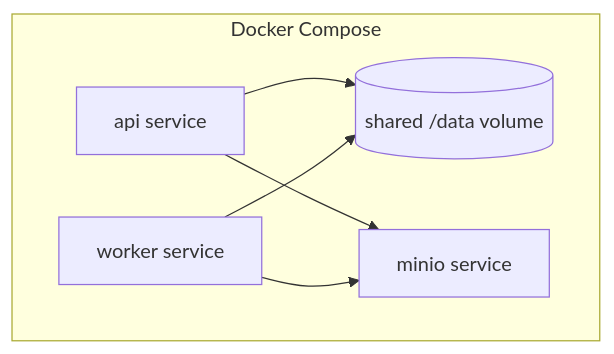
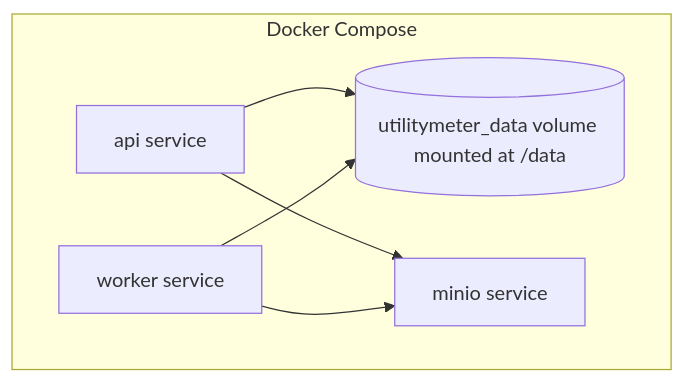
One commit to cbinput/UtilityMeter changed the fifth of 5 diagrams in docs/en/architecture.md. Above: the diagram before and after it, drawn with Mermaid. The commit also changed other lines of this file and 1 other file, not shown here.

Commit message:
docs: align local deployment diagrams

````diff
--- a/docs/en/architecture.md
+++ b/docs/en/architecture.md
@@ -136,14 +136,14 @@
 ```mermaid
 flowchart TB
     subgraph DockerCompose[Docker Compose]
         API[api service]
         Worker[worker service]
         MinIO[minio service]
-        Volume[(shared /data volume)]
+        Volume[(utilitymeter_data volume mounted at /data)]
     end
 
     API --> Volume
     Worker --> Volume
     API --> MinIO
     Worker --> MinIO
 ```
````
